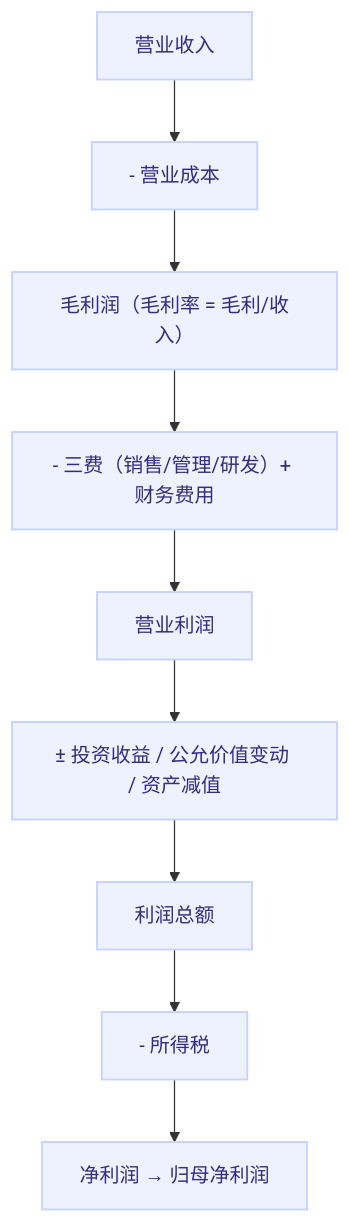
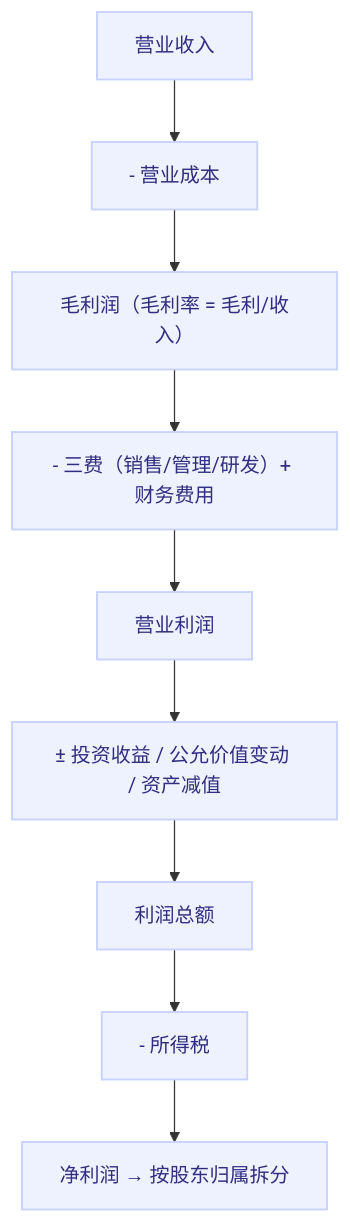
One commit to stevexiaofei/second-brain changed the second of 2 diagrams in docs/knowledge/investing/financial-statement-reading.md. Above: the diagram before and after it, drawn with Mermaid. The commit also changed other lines of this file and 8 other files, not shown here.

````diff
--- a/docs/knowledge/investing/financial-statement-reading.md
+++ b/docs/knowledge/investing/financial-statement-reading.md
@@ -98,15 +98,15 @@
 ```mermaid
 flowchart TD
     A["营业收入"] --> B["- 营业成本"]
     B --> C["毛利润（毛利率 = 毛利/收入）"]
     C --> D["- 三费（销售/管理/研发）+ 财务费用"]
     D --> E["营业利润"]
     E --> F["± 投资收益 / 公允价值变动 / 资产减值"]
     F --> G["利润总额"]
     G --> H["- 所得税"]
-    H --> I["净利润 → 归母净利润"]
+    H --> I["净利润 → 按股东归属拆分"]
 
     classDef step     fill:#eef2ff,stroke:#c7d2fe,color:#312e81,stroke-width:1.5px
     classDef action   fill:#fff7ed,stroke:#fdba74,color:#7c2d12,stroke-width:1.5px
     class A,B,C,D,E,F,G,H,I step
 ```
````
